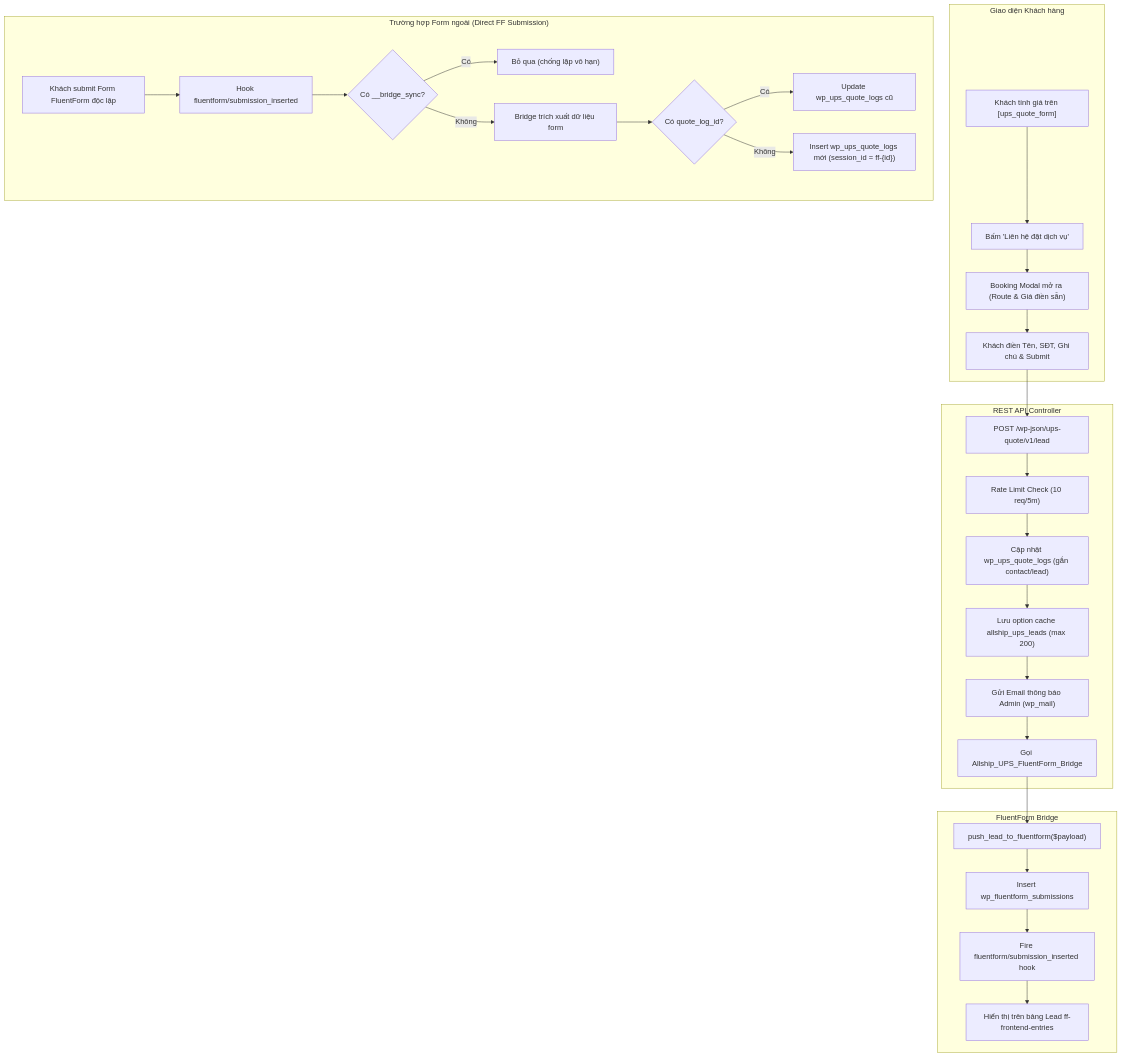
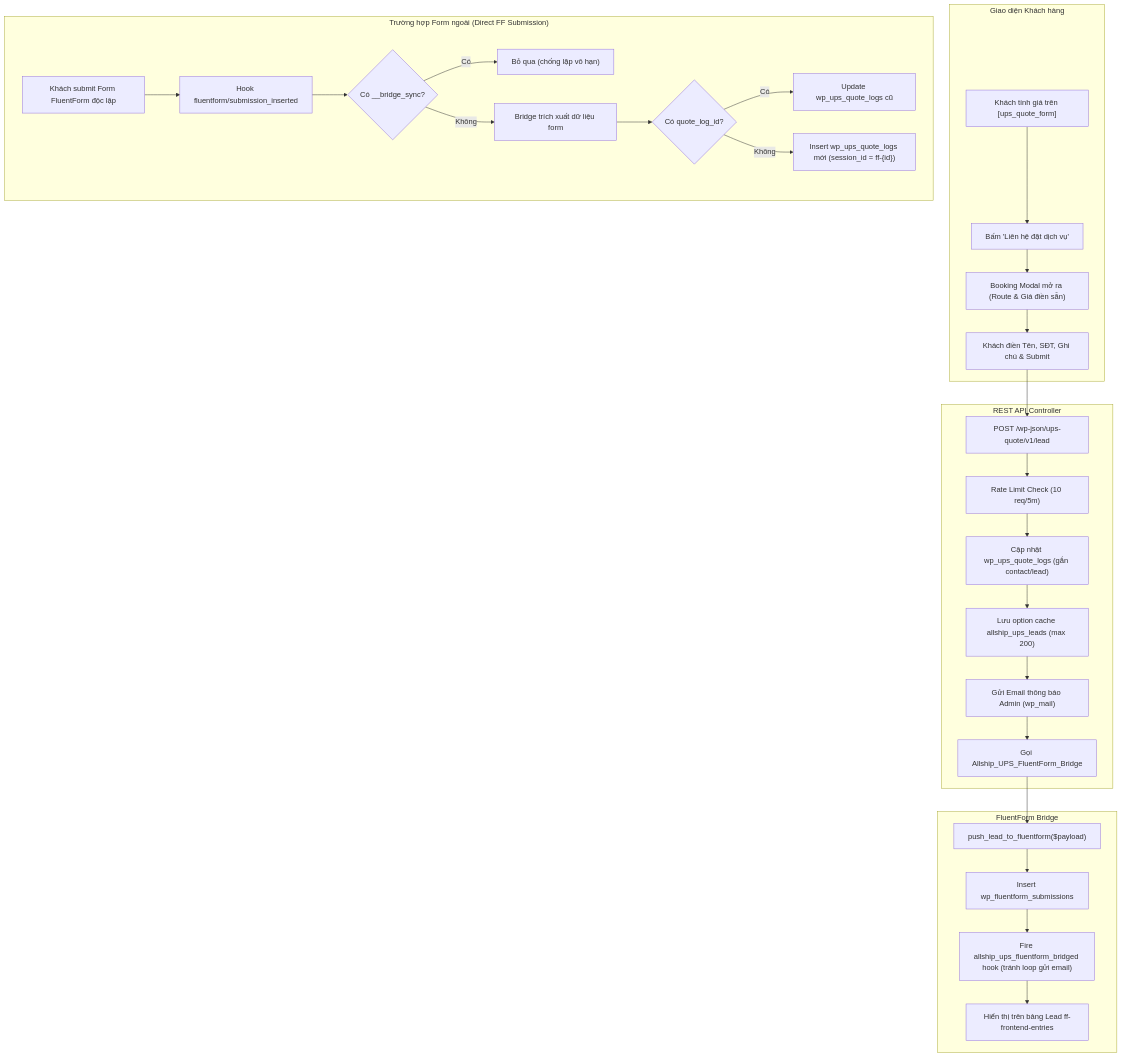
Before and after one commit to websiteallship/logisticsallship: the diagram in app/public/docs_plugin_quote/docs/ups-wp-plugin-design/14-fluentform-integration.md, drawn with Mermaid. The commit also changed 371 other files, not shown here.

Commit message:
feat(quote): add A4 PDF quote export, async email queue, and B2B lead capture flow

````diff
--- a/app/public/docs_plugin_quote/docs/ups-wp-plugin-design/14-fluentform-integration.md
+++ b/app/public/docs_plugin_quote/docs/ups-wp-plugin-design/14-fluentform-integration.md
@@ -20,34 +20,34 @@
 ```mermaid
 flowchart TD
     subgraph UI["Giao diện Khách hàng"]
         A["Khách tính giá trên [ups_quote_form]"] --> B["Bấm 'Liên hệ đặt dịch vụ'"]
         B --> C["Booking Modal mở ra (Route & Giá điền sẵn)"]
         C --> D["Khách điền Tên, SĐT, Ghi chú & Submit"]
     end
 
     subgraph REST["REST API Controller"]
         D --> E["POST /wp-json/ups-quote/v1/lead"]
         E --> F["Rate Limit Check (10 req/5m)"]
         F --> G["Cập nhật wp_ups_quote_logs (gắn contact/lead)"]
         G --> H["Lưu option cache allship_ups_leads (max 200)"]
         H --> I["Gửi Email thông báo Admin (wp_mail)"]
         I --> J["Gọi Allship_UPS_FluentForm_Bridge"]
     end
 
     subgraph FFBridge["FluentForm Bridge"]
         J --> K["push_lead_to_fluentform($payload)"]
         K --> L["Insert wp_fluentform_submissions"]
-        L --> M["Fire fluentform/submission_inserted hook"]
+        L --> M["Fire allship_ups_fluentform_bridged hook (tránh loop gửi email)"]
         M --> N["Hiển thị trên bảng Lead ff-frontend-entries"]
     end
 
     subgraph DirectFF["Trường hợp Form ngoài (Direct FF Submission)"]
         O["Khách submit Form FluentForm độc lập"] --> P["Hook fluentform/submission_inserted"]
         P --> Q{"Có __bridge_sync?"}
         Q -- "Có" --> R["Bỏ qua (chống lặp vô hạn)"]
         Q -- "Không" --> S["Bridge trích xuất dữ liệu form"]
         S --> T{"Có quote_log_id?"}
         T -- "Có" --> U["Update wp_ups_quote_logs cũ"]
         T -- "Không" --> V["Insert wp_ups_quote_logs mới (session_id = ff-{id})"]
     end
 ```
````
